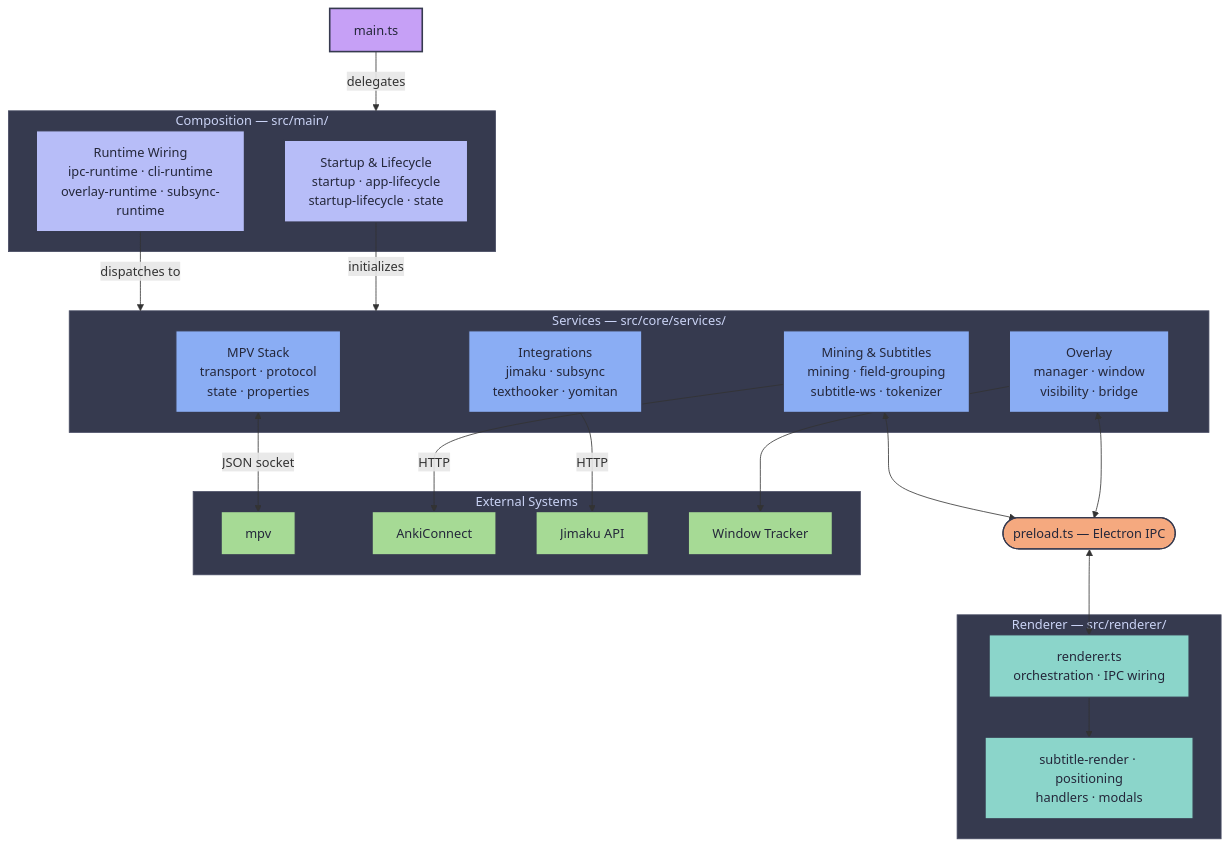
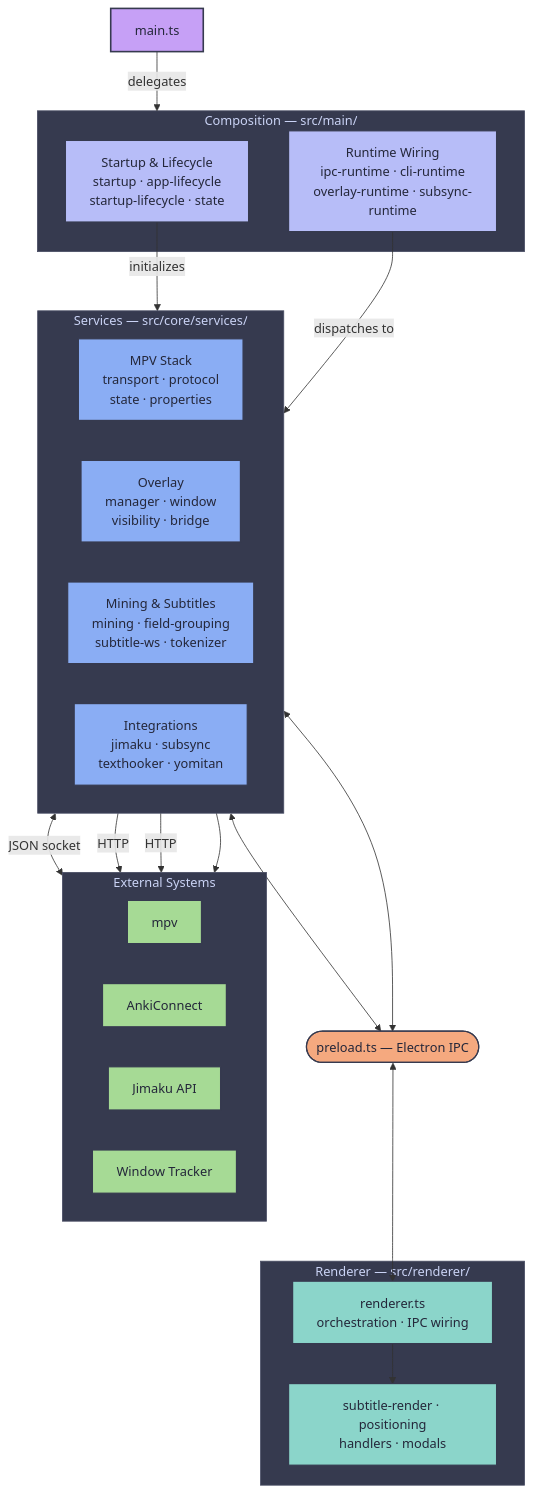
The first of 2 diagrams in docs/architecture.md (ksyasuda/SubMiner), drawn with Mermaid before and after one commit. The commit also changed 26 other files, not shown here.

````diff
--- a/docs/architecture.md
+++ b/docs/architecture.md
@@ -89,56 +89,58 @@
 ```mermaid
 flowchart TD
   classDef entry fill:#c6a0f6,stroke:#363a4f,color:#24273a,stroke-width:2px
   classDef comp fill:#b7bdf8,stroke:#363a4f,color:#24273a,stroke-width:1.5px
   classDef svc fill:#8aadf4,stroke:#363a4f,color:#24273a,stroke-width:1.5px
   classDef bridge fill:#f5a97f,stroke:#363a4f,color:#24273a,stroke-width:1.5px
   classDef rend fill:#8bd5ca,stroke:#363a4f,color:#24273a,stroke-width:1.5px
   classDef ext fill:#a6da95,stroke:#363a4f,color:#24273a,stroke-width:1.5px
 
   Main["main.ts"]:::entry
 
   subgraph Comp["Composition — src/main/"]
     Startup["Startup & Lifecycle<br/>startup · app-lifecycle<br/>startup-lifecycle · state"]:::comp
     Wiring["Runtime Wiring<br/>ipc-runtime · cli-runtime<br/>overlay-runtime · subsync-runtime"]:::comp
   end
 
   subgraph Svc["Services — src/core/services/"]
+    direction LR
     Mpv["MPV Stack<br/>transport · protocol<br/>state · properties"]:::svc
     Overlay["Overlay<br/>manager · window<br/>visibility · bridge"]:::svc
     Mining["Mining & Subtitles<br/>mining · field-grouping<br/>subtitle-ws · tokenizer"]:::svc
     Integrations["Integrations<br/>jimaku · subsync<br/>texthooker · yomitan"]:::svc
   end
 
   Bridge(["preload.ts — Electron IPC"]):::bridge
 
   subgraph Rend["Renderer — src/renderer/"]
     Orchestration["renderer.ts<br/>orchestration · IPC wiring"]:::rend
     UI["subtitle-render · positioning<br/>handlers · modals"]:::rend
   end
 
   subgraph Ext["External Systems"]
+    direction LR
     mpv["mpv"]:::ext
     Anki["AnkiConnect"]:::ext
     Jimaku["Jimaku API"]:::ext
     Tracker["Window Tracker"]:::ext
   end
 
   Main -->|delegates| Comp
   Startup -->|initializes| Svc
   Wiring -->|dispatches to| Svc
 
   Overlay <--> Bridge
   Mining <--> Bridge
   Bridge <--> Orchestration
   Orchestration --> UI
 
   Mpv <-->|JSON socket| mpv
   Mining -->|HTTP| Anki
   Integrations -->|HTTP| Jimaku
   Overlay --> Tracker
 
   style Comp fill:#363a4f,stroke:#494d64,color:#cad3f5
   style Svc fill:#363a4f,stroke:#494d64,color:#cad3f5
   style Rend fill:#363a4f,stroke:#494d64,color:#cad3f5
   style Ext fill:#363a4f,stroke:#494d64,color:#cad3f5
 ```
````
